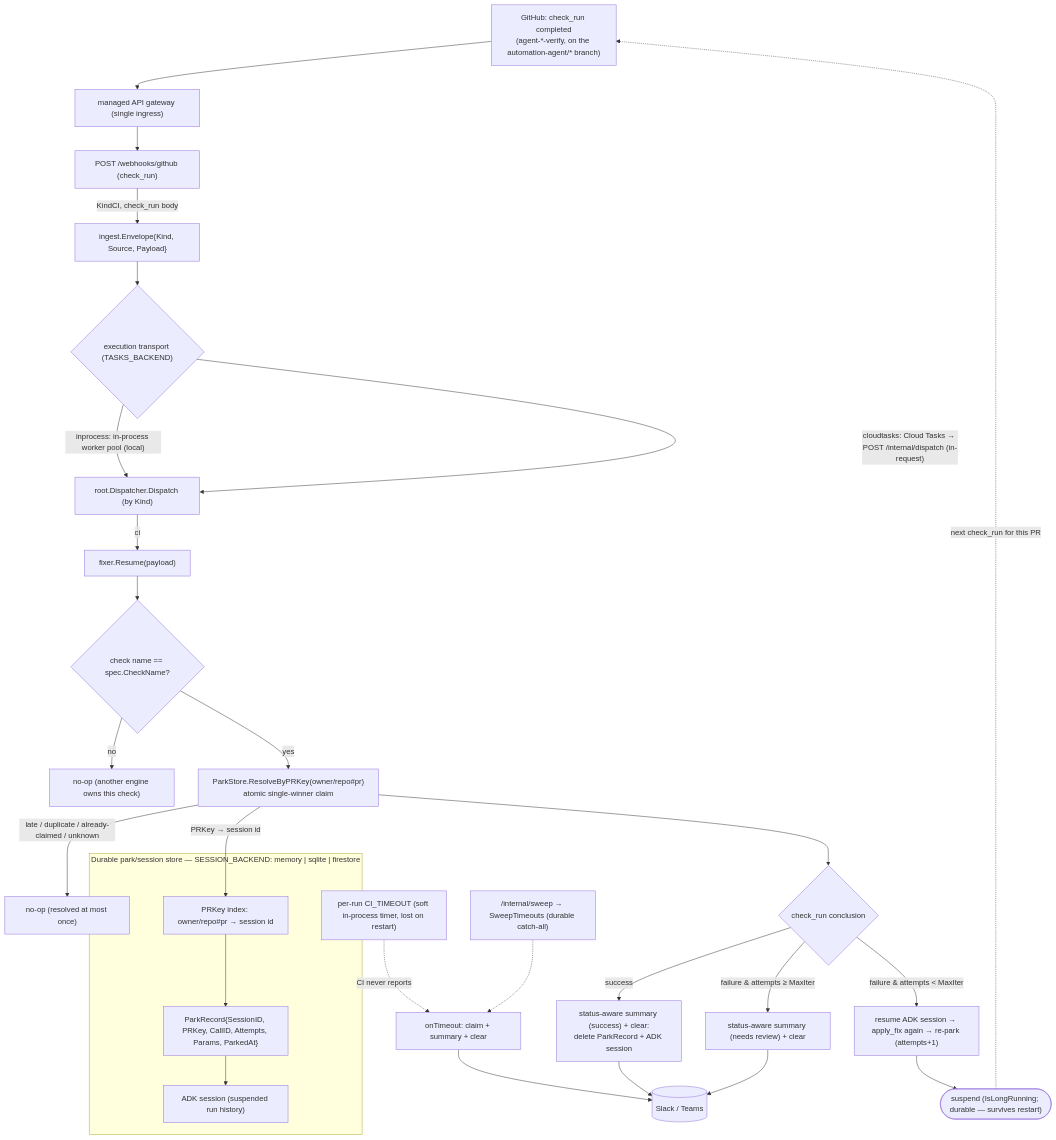
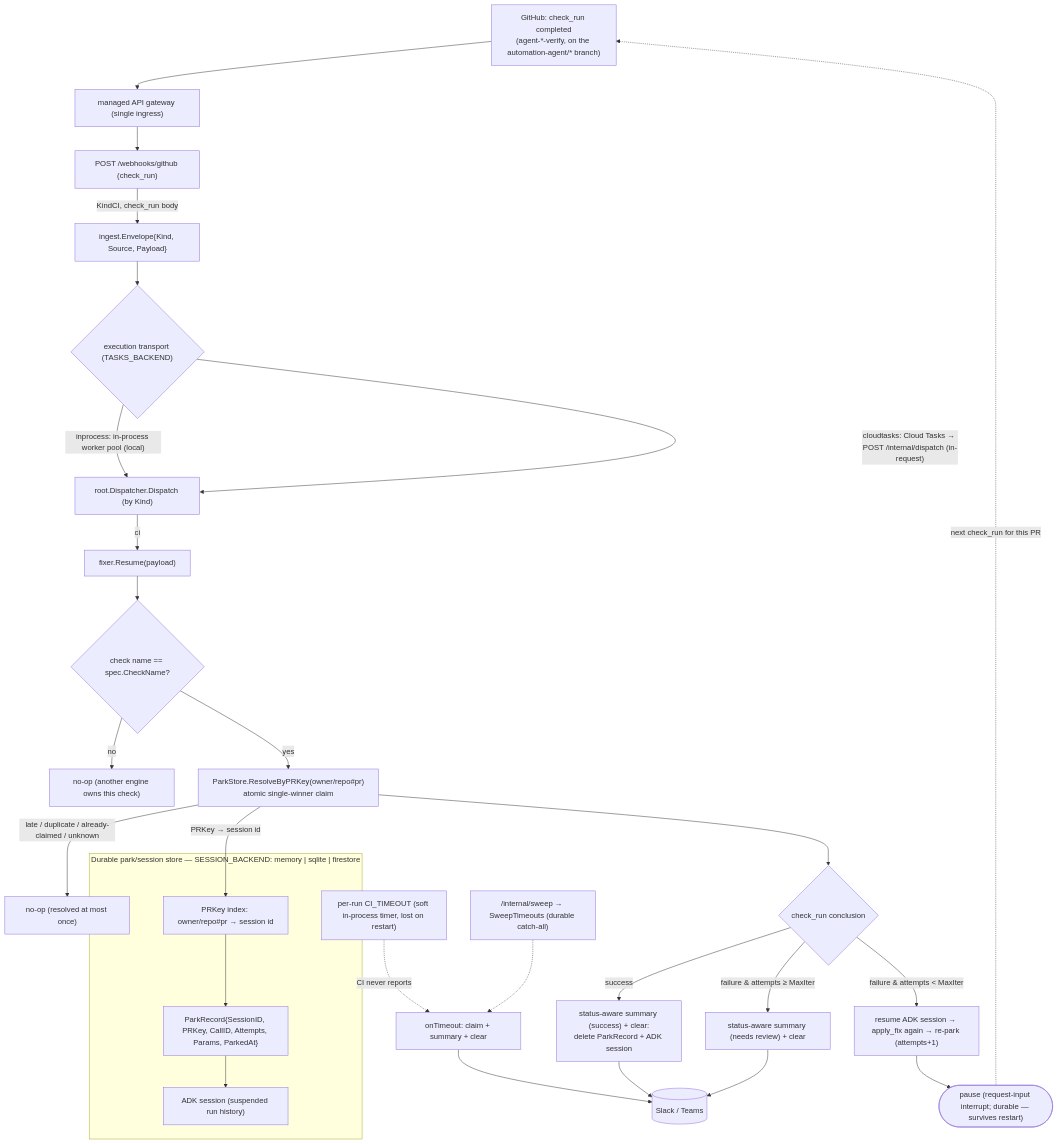
One commit to jkjamies/automation-agent changed the second of 2 diagrams in go/AGENTS.md. Above: the diagram before and after it, drawn with Mermaid. The commit also changed other lines of this file and 12 other files, not shown here.

````diff
--- a/go/AGENTS.md
+++ b/go/AGENTS.md
@@ -56,35 +56,35 @@
 ```mermaid
 flowchart TD
     CR["GitHub: check_run completed<br/>(agent-*-verify, on the automation-agent/* branch)"] --> GW["managed API gateway (single ingress)"]
     GW --> WCI["POST /webhooks/github (check_run)"]
     WCI -->|"KindCI, check_run body"| Env["ingest.Envelope{Kind, Source, Payload}"]
     Env --> TX{"execution transport (TASKS_BACKEND)"}
     TX -->|"inprocess: in-process worker pool (local)"| Disp
     TX -->|"cloudtasks: Cloud Tasks → POST /internal/dispatch (in-request)"| Disp
     Disp["root.Dispatcher.Dispatch (by Kind)"] -->|ci| RES["fixer.Resume(payload)"]
 
     RES --> NM{"check name == spec.CheckName?"}
     NM -->|no| NOOP["no-op (another engine owns this check)"]
     NM -->|yes| CLAIM["ParkStore.ResolveByPRKey(owner/repo#pr)<br/>atomic single-winner claim"]
     CLAIM -->|"late / duplicate / already-claimed / unknown"| NOOP2["no-op (resolved at most once)"]
 
     subgraph Store["Durable park/session store — SESSION_BACKEND: memory | sqlite | firestore"]
         PRK["PRKey index: owner/repo#pr → session id"] --> REC["ParkRecord{SessionID, PRKey, CallID, Attempts, Params, ParkedAt}"]
         REC --> SESS["ADK session (suspended run history)"]
     end
     CLAIM -->|"PRKey → session id"| PRK
 
     CLAIM --> CONC{check_run conclusion}
     CONC -->|success| OK["status-aware summary (success) + clear:<br/>delete ParkRecord + ADK session"]
     CONC -->|"failure & attempts ≥ MaxIter"| REV["status-aware summary (needs review) + clear"]
     CONC -->|"failure & attempts < MaxIter"| RT["resume ADK session → apply_fix again → re-park (attempts+1)"]
-    RT --> SUS(["suspend (IsLongRunning; durable — survives restart)"])
+    RT --> SUS(["pause (request-input interrupt; durable — survives restart)"])
     SUS -.->|"next check_run for this PR"| CR
 
     TO["per-run CI_TIMEOUT (soft in-process timer, lost on restart)"] -.->|"CI never reports"| FREE["onTimeout: claim + summary + clear"]
     SW["/internal/sweep → SweepTimeouts (durable catch-all)"] -.-> FREE
 
     OK --> Chat[("Slack / Teams")]
     REV --> Chat
     FREE --> Chat
 ```
````
